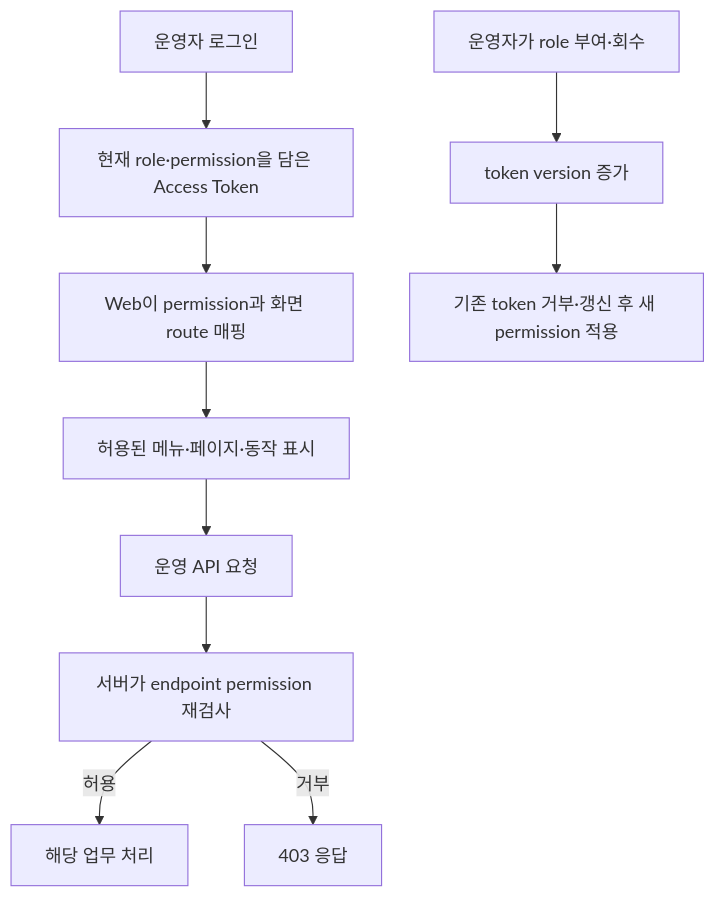
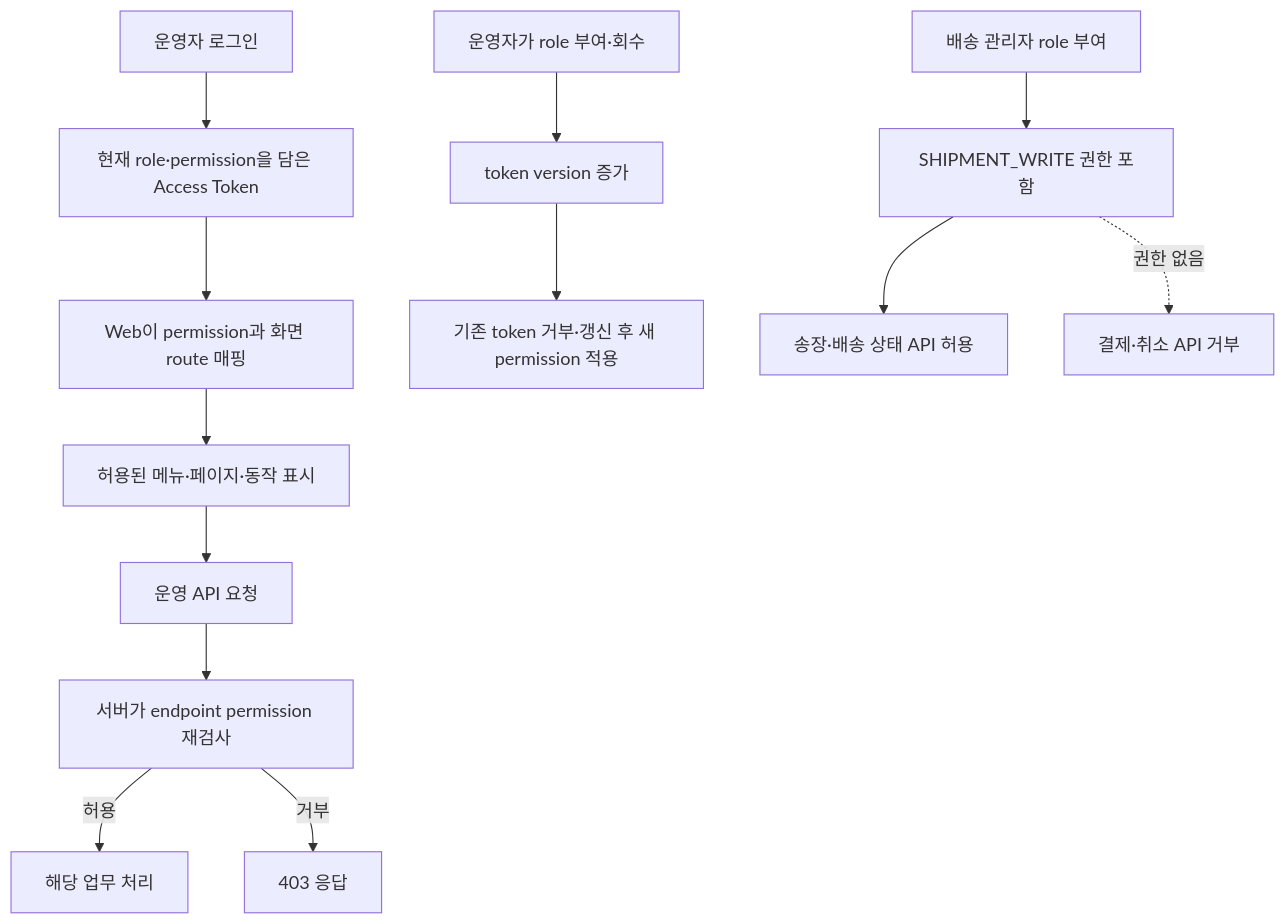
The second of 3 diagrams in docs/services/operation.md (DongHyeonEom/umji-market-api), drawn with Mermaid before and after one commit. The commit also changed other lines of this file and 12 other files, not shown here.

````diff
--- a/docs/services/operation.md
+++ b/docs/services/operation.md
@@ -124,12 +128,15 @@
 ```mermaid
 flowchart TD
     LOGIN[운영자 로그인] --> TOKEN[현재 role·permission을 담은 Access Token]
     TOKEN --> MENU[Web이 permission과 화면 route 매핑]
     MENU --> DISPLAY[허용된 메뉴·페이지·동작 표시]
     DISPLAY --> REQUEST[운영 API 요청]
     REQUEST --> VERIFY[서버가 endpoint permission 재검사]
     VERIFY -->|허용| ACTION[해당 업무 처리]
     VERIFY -->|거부| DENY[403 응답]
     CHANGE[운영자가 role 부여·회수] --> VERSION[token version 증가]
     VERSION --> RELOGIN[기존 token 거부·갱신 후 새 permission 적용]
+    SHIPPING[배송 관리자 role 부여] --> SHIPPER[SHIPMENT_WRITE 권한 포함]
+    SHIPPER --> SHIPENDPOINT[송장·배송 상태 API 허용]
+    SHIPPER -. 권한 없음 .-> PAYMENTCANCEL[결제·취소 API 거부]
 ```
````
